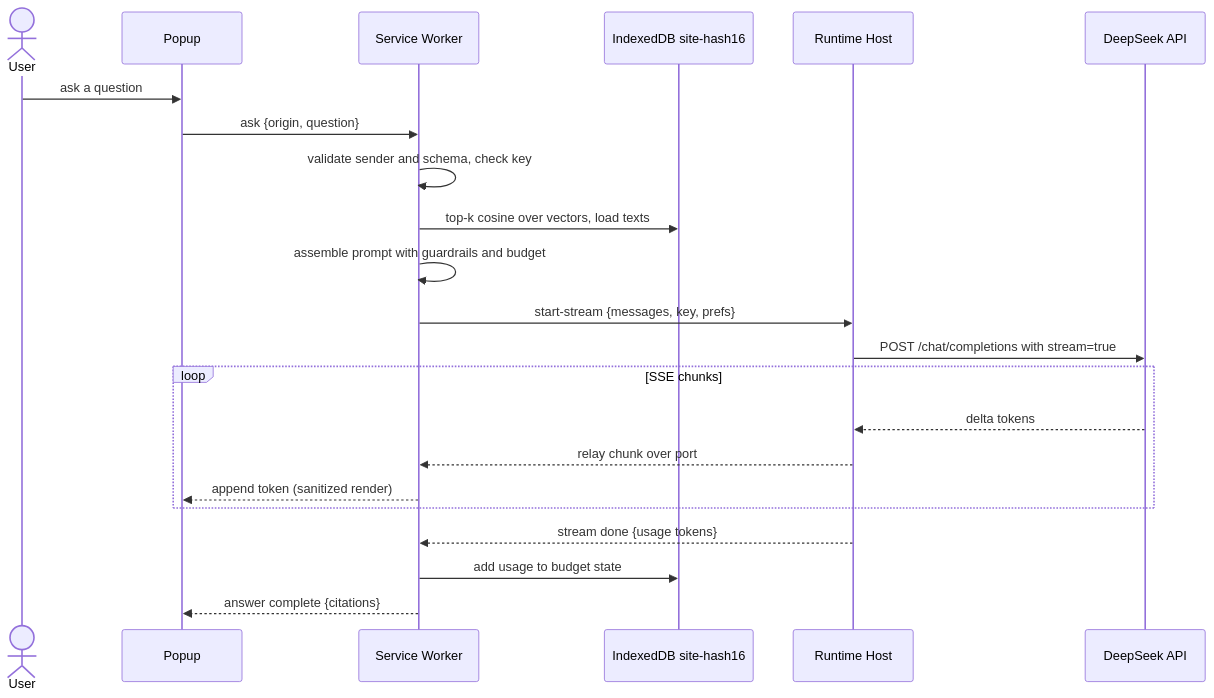
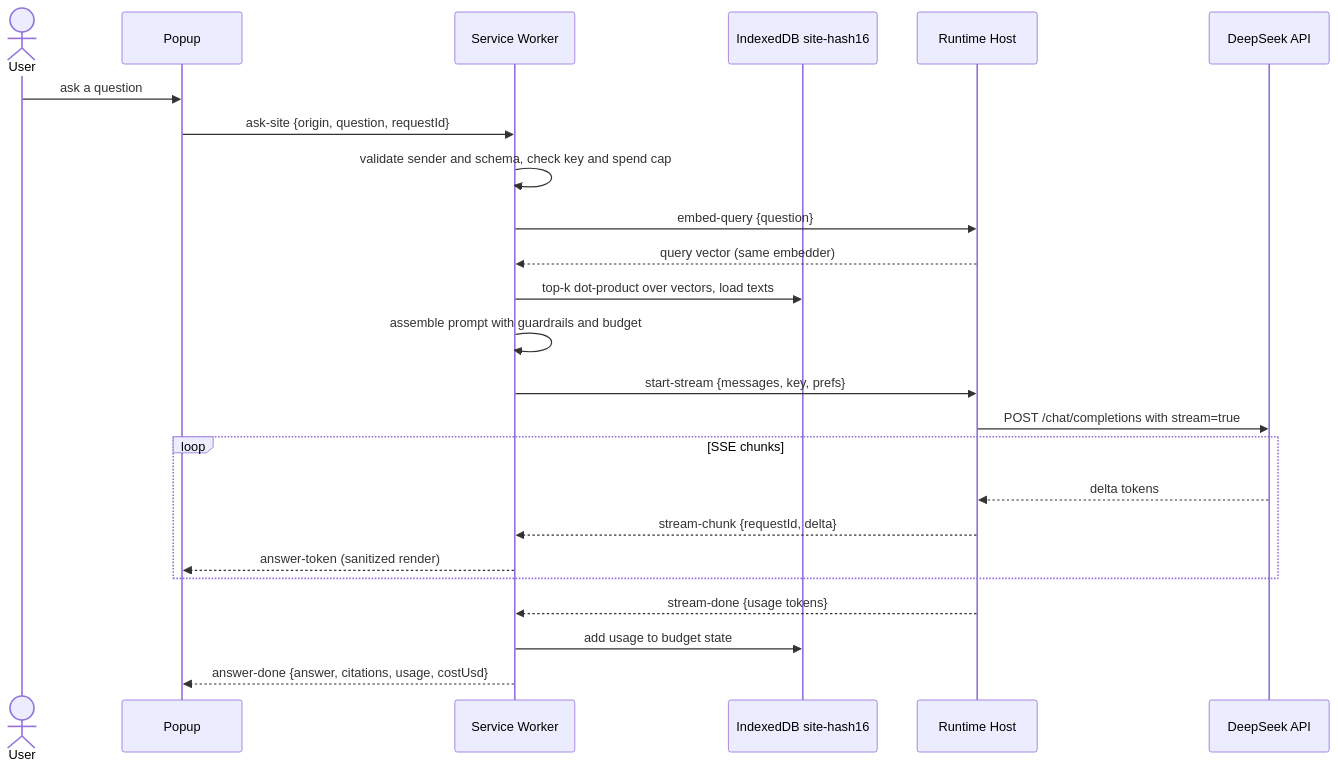
One commit to JepStar990/rag-site-qa changed the second of 3 diagrams in docs/03-component-design.md. Above: the diagram before and after it, drawn with Mermaid. The commit also changed other lines of this file and 32 other files, not shown here.

First line of the commit message:
M3: QA end-to-end - retrieval, streaming answers, citations, spend tracking (#6)

````diff
--- a/docs/03-component-design.md
+++ b/docs/03-component-design.md
@@ -37,25 +37,27 @@
 ```mermaid
 sequenceDiagram
     actor U as User
     participant P as Popup
     participant SW as Service Worker
     participant IDB as IndexedDB site-hash16
     participant RH as Runtime Host
     participant D as DeepSeek API
 
     U->>P: ask a question
-    P->>SW: ask {origin, question}
-    SW->>SW: validate sender and schema, check key
-    SW->>IDB: top-k cosine over vectors, load texts
+    P->>SW: ask-site {origin, question, requestId}
+    SW->>SW: validate sender and schema, check key and spend cap
+    SW->>RH: embed-query {question}
+    RH-->>SW: query vector (same embedder)
+    SW->>IDB: top-k dot-product over vectors, load texts
     SW->>SW: assemble prompt with guardrails and budget
     SW->>RH: start-stream {messages, key, prefs}
     RH->>D: POST /chat/completions with stream=true
     loop SSE chunks
         D-->>RH: delta tokens
-        RH-->>SW: relay chunk over port
-        SW-->>P: append token (sanitized render)
+        RH-->>SW: stream-chunk {requestId, delta}
+        SW-->>P: answer-token (sanitized render)
     end
-    RH-->>SW: stream done {usage tokens}
+    RH-->>SW: stream-done {usage tokens}
     SW->>IDB: add usage to budget state
-    SW-->>P: answer complete {citations}
+    SW-->>P: answer-done {answer, citations, usage, costUsd}
 ```
````
